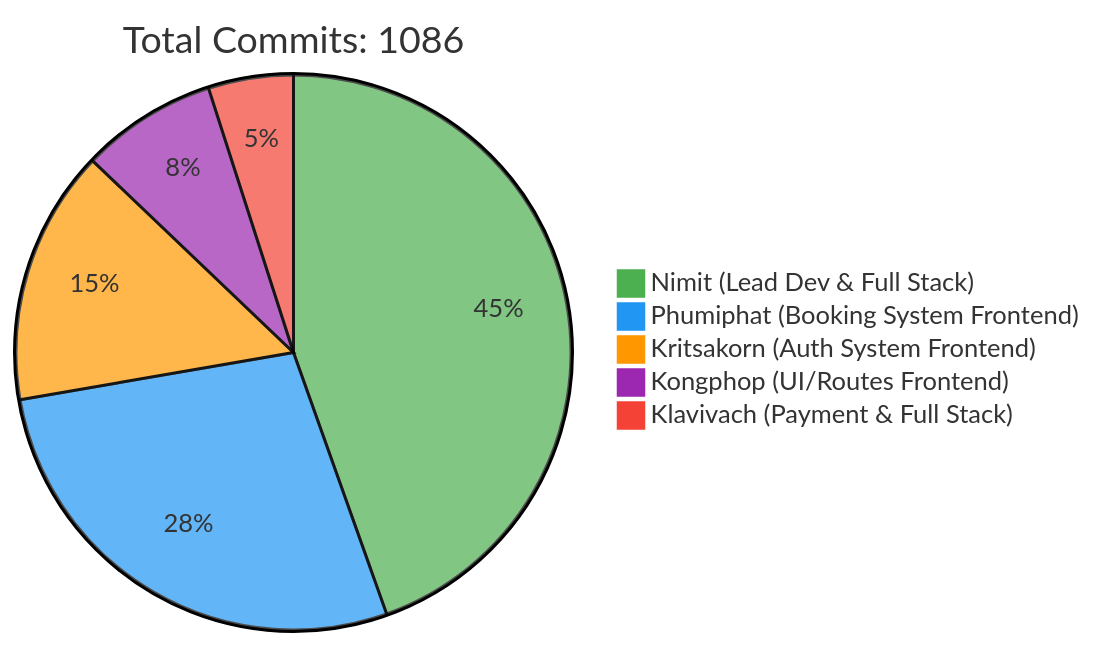
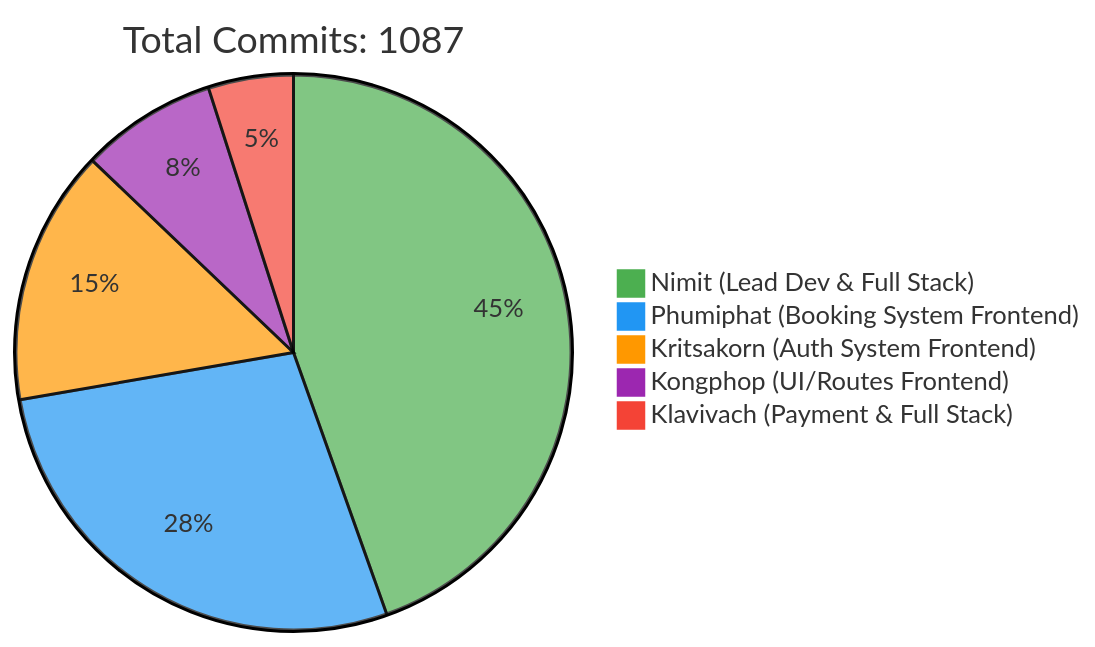
One commit to 6531503042/Sport-Complex changed the first of 2 diagrams in README.md. Above: the diagram before and after it, drawn with Mermaid. The commit also changed other lines of this file, not shown here.

Commit message:
docs: Update contributor statistics [skip ci]

````diff
--- a/README.md
+++ b/README.md
@@ -257,10 +257,10 @@
 ```mermaid
 %%{init: {'theme': 'base', 'themeVariables': { 'pie1': '#4CAF50', 'pie2': '#2196F3', 'pie3': '#FF9800', 'pie4': '#9C27B0', 'pie5': '#F44336'}}}%%
 pie
-    title Total Commits: 1086
+    title Total Commits: 1087
     "Nimit (Lead Dev & Full Stack)" : 450
     "Phumiphat (Booking System Frontend)" : 280
     "Kritsakorn (Auth System Frontend)" : 150
     "Kongphop (UI/Routes Frontend)" : 80
     "Klavivach (Payment & Full Stack)" : 50
 ```
````
